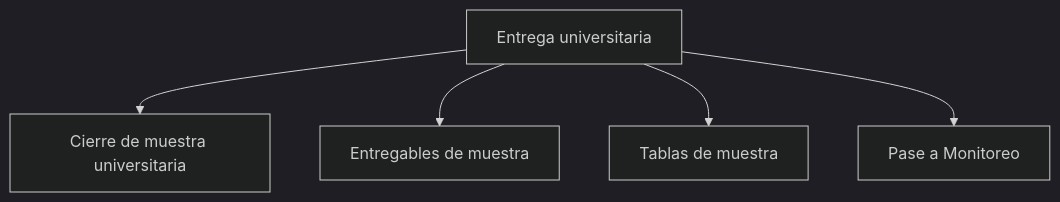
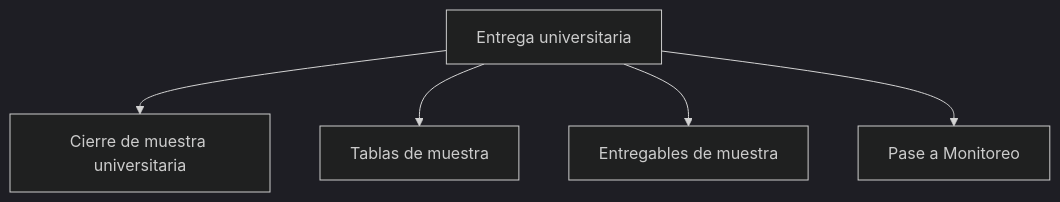
One commit to GonzaloAlmendariz/prosecnur-app changed the diagram in Obsidian_Prosecnur/Prosecnur/Módulos/05 Calculador de muestras/Modos/01 Muestra de cursos-horario/Secciones/05 Entrega/Entrega.md. Above: the diagram before and after it, drawn with Mermaid (dark theme). The commit also changed other lines of this file and 11 other files, not shown here.

Commit message:
fix(calculo-muestra): ordena tablas antes de entregables

````diff
--- a/Obsidian_Prosecnur/Prosecnur/Módulos/05 Calculador de muestras/Modos/01 Muestra de cursos-horario/Secciones/05 Entrega/Entrega.md
+++ b/Obsidian_Prosecnur/Prosecnur/Módulos/05 Calculador de muestras/Modos/01 Muestra de cursos-horario/Secciones/05 Entrega/Entrega.md
@@ -26,8 +26,8 @@
 ```mermaid
 flowchart TD
     N["Entrega universitaria"]
     N --> C1["Cierre de muestra universitaria"]
-    N --> C2["Entregables de muestra"]
-    N --> C3["Tablas de muestra"]
+    N --> C2["Tablas de muestra"]
+    N --> C3["Entregables de muestra"]
     N --> C4["Pase a Monitoreo"]
 ```
````
